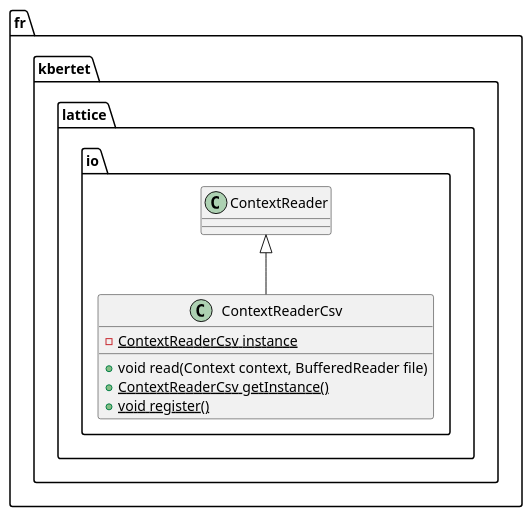
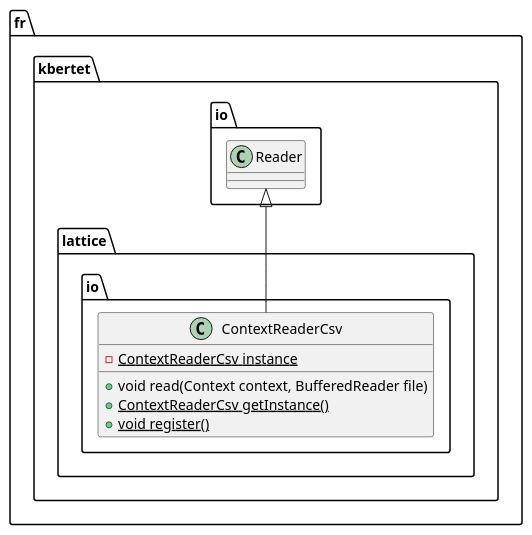
Before and after one commit to thegalactic/java-lattices: the diagram in src/main/javadoc/resources/fr/kbertet/context/io/ContextReaderCsv.iuml, drawn with PlantUML. The commit also changed 28 other files, not shown here.

```diff
--- a/src/main/javadoc/resources/fr/kbertet/context/io/ContextReaderCsv.iuml
+++ b/src/main/javadoc/resources/fr/kbertet/context/io/ContextReaderCsv.iuml
@@ -1,10 +1,10 @@
 package fr.kbertet.lattice.io {
     class ContextReaderCsv {
     	-{static}ContextReaderCsv instance
         +void read(Context context, BufferedReader file)
         +{static}ContextReaderCsv getInstance()
         +{static}void register()
     }
 
-    ContextReader <|-- ContextReaderCsv
+    fr.kbertet.io.Reader <|-- ContextReaderCsv
 }
```
